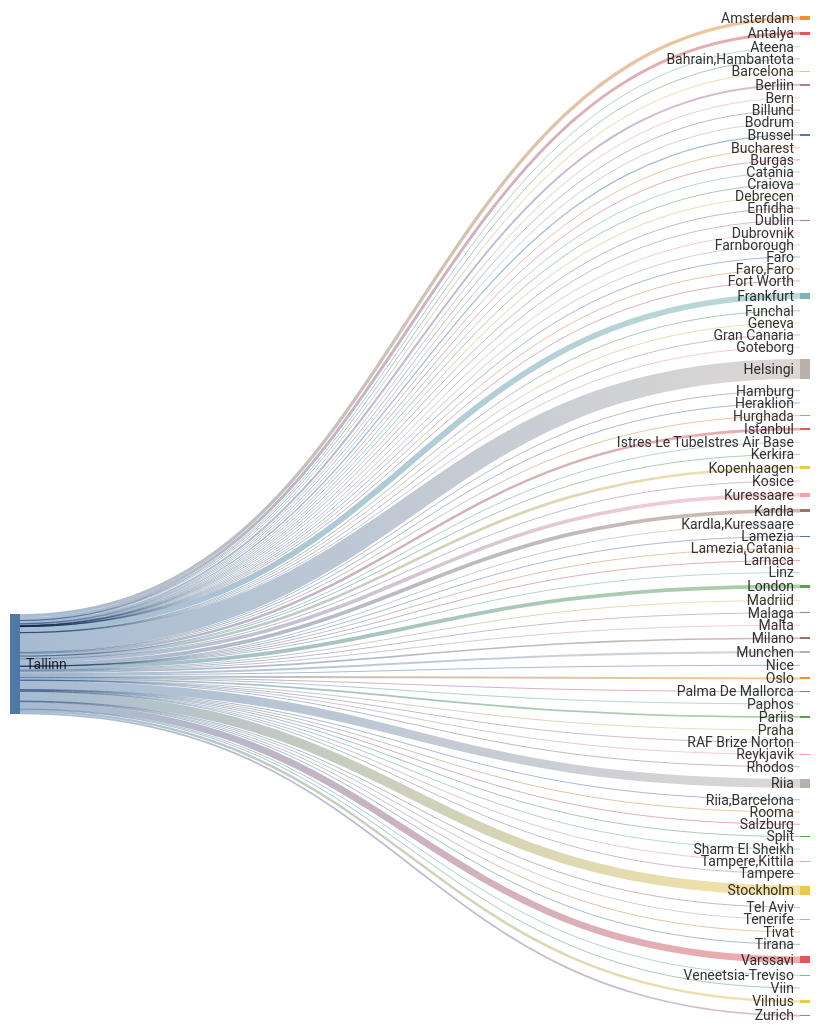
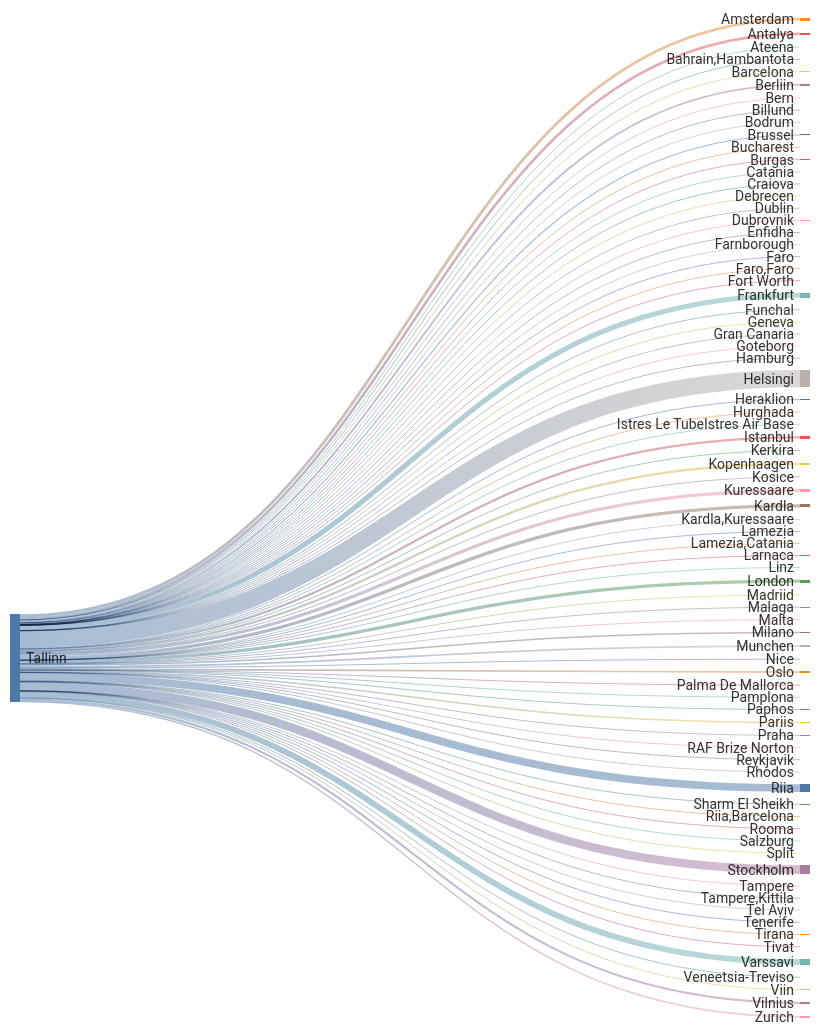
One commit to rainermesi/tll-airport-departures changed the second of 2 diagrams in README.md. Above: the diagram before and after it, drawn with Mermaid. The commit also changed other lines of this file and 1 other file, not shown here.

````diff
--- a/README.md
+++ b/README.md
@@ -41,16 +41,16 @@
 ---
 sankey-beta
 %% source,target,value
-Tallinn,Amsterdam,539
-Tallinn,Antalya,485
+Tallinn,Amsterdam,541
+Tallinn,Antalya,488
 Tallinn,Ateena,16
 Tallinn,"Bahrain,Hambantota",1
 Tallinn,Barcelona,151
-Tallinn,Berliin,338
+Tallinn,Berliin,340
 Tallinn,Bern,1
 Tallinn,Billund,85
 Tallinn,Bodrum,12
-Tallinn,Brussel,207
+Tallinn,Brussel,208
 Tallinn,Bucharest,1
 Tallinn,Burgas,67
 Tallinn,Catania,2
@@ -63,60 +63,61 @@
 Tallinn,Faro,4
 Tallinn,"Faro,Faro",1
 Tallinn,Fort Worth,1
-Tallinn,Frankfurt,957
-Tallinn,Funchal,5
+Tallinn,Frankfurt,960
+Tallinn,Funchal,6
 Tallinn,Geneva,13
 Tallinn,Gran Canaria,38
 Tallinn,Goteborg,2
 Tallinn,Hamburg,2
-Tallinn,Helsingi,3216
+Tallinn,Helsingi,3225
 Tallinn,Heraklion,117
 Tallinn,Hurghada,75
-Tallinn,Istanbul,417
+Tallinn,Istanbul,419
 Tallinn,Istres Le TubeIstres Air Base,2
 Tallinn,Kerkira,4
-Tallinn,Kopenhaagen,438
+Tallinn,Kopenhaagen,441
 Tallinn,Kosice,1
-Tallinn,Kuressaare,608
-Tallinn,Kardla,610
+Tallinn,Kuressaare,610
+Tallinn,Kardla,612
 Tallinn,"Kardla,Kuressaare",1
 Tallinn,Lamezia,2
 Tallinn,"Lamezia,Catania",3
 Tallinn,Larnaca,5
 Tallinn,Linz,2
-Tallinn,London,622
+Tallinn,London,623
 Tallinn,Madriid,4
 Tallinn,Malaga,131
 Tallinn,Malta,33
 Tallinn,Milano,280
-Tallinn,Munchen,337
+Tallinn,Munchen,339
 Tallinn,Nice,60
-Tallinn,Oslo,324
+Tallinn,Oslo,325
 Tallinn,Palma De Mallorca,37
+Tallinn,Pamplona,1
 Tallinn,Paphos,66
-Tallinn,Pariis,285
+Tallinn,Pariis,287
 Tallinn,Praha,95
 Tallinn,RAF Brize Norton,1
 Tallinn,Reykjavik,20
-Tallinn,Rhodos,67
-Tallinn,Riia,1454
+Tallinn,Rhodos,68
+Tallinn,Riia,1458
 Tallinn,"Riia,Barcelona",1
 Tallinn,Rooma,80
 Tallinn,Salzburg,14
-Tallinn,Sharm El Sheikh,108
+Tallinn,Sharm El Sheikh,109
 Tallinn,Split,61
-Tallinn,Stockholm,1600
+Tallinn,Stockholm,1605
 Tallinn,Tampere,17
 Tallinn,"Tampere,Kittila",21
 Tallinn,Tel Aviv,2
 Tallinn,Tenerife,58
-Tallinn,Tirana,40
+Tallinn,Tirana,41
 Tallinn,Tivat,77
-Tallinn,Varssavi,1113
+Tallinn,Varssavi,1116
 Tallinn,Veneetsia-Treviso,67
 Tallinn,Viin,106
-Tallinn,Vilnius,404
-Tallinn,Zurich,288
+Tallinn,Vilnius,406
+Tallinn,Zurich,289
 
 
 ```
````
